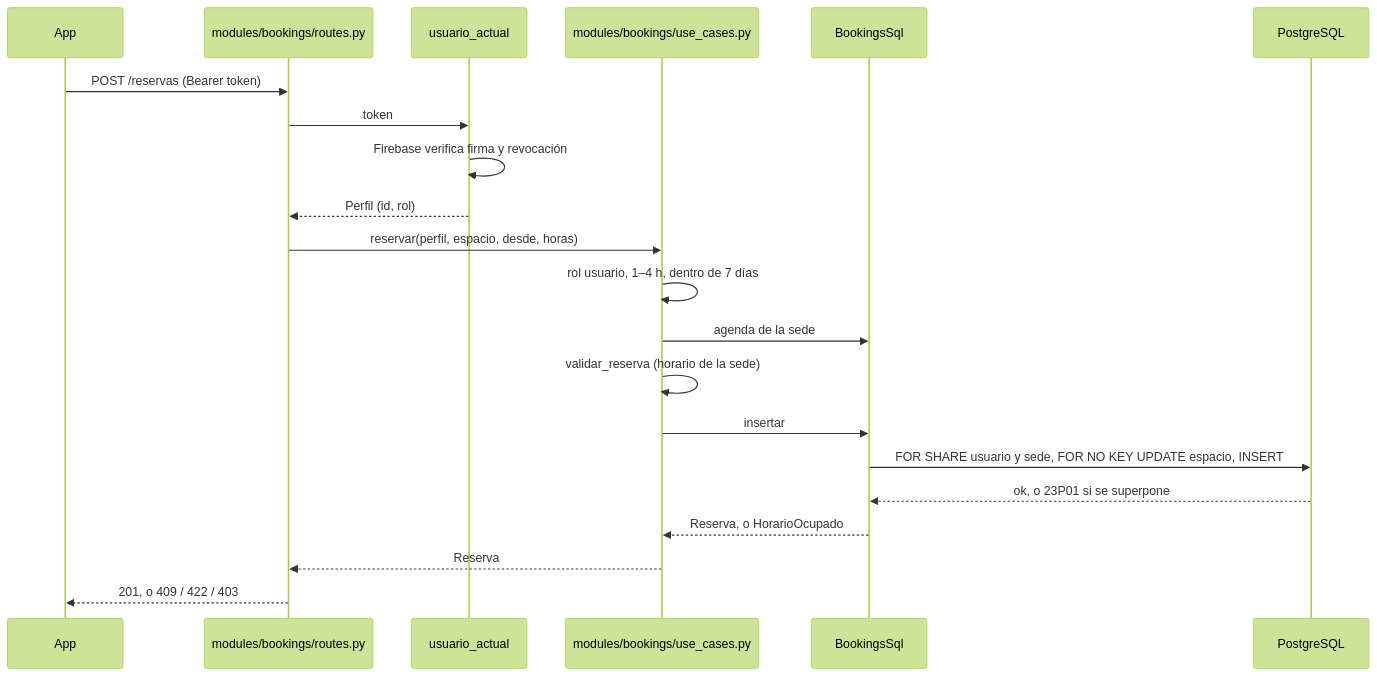
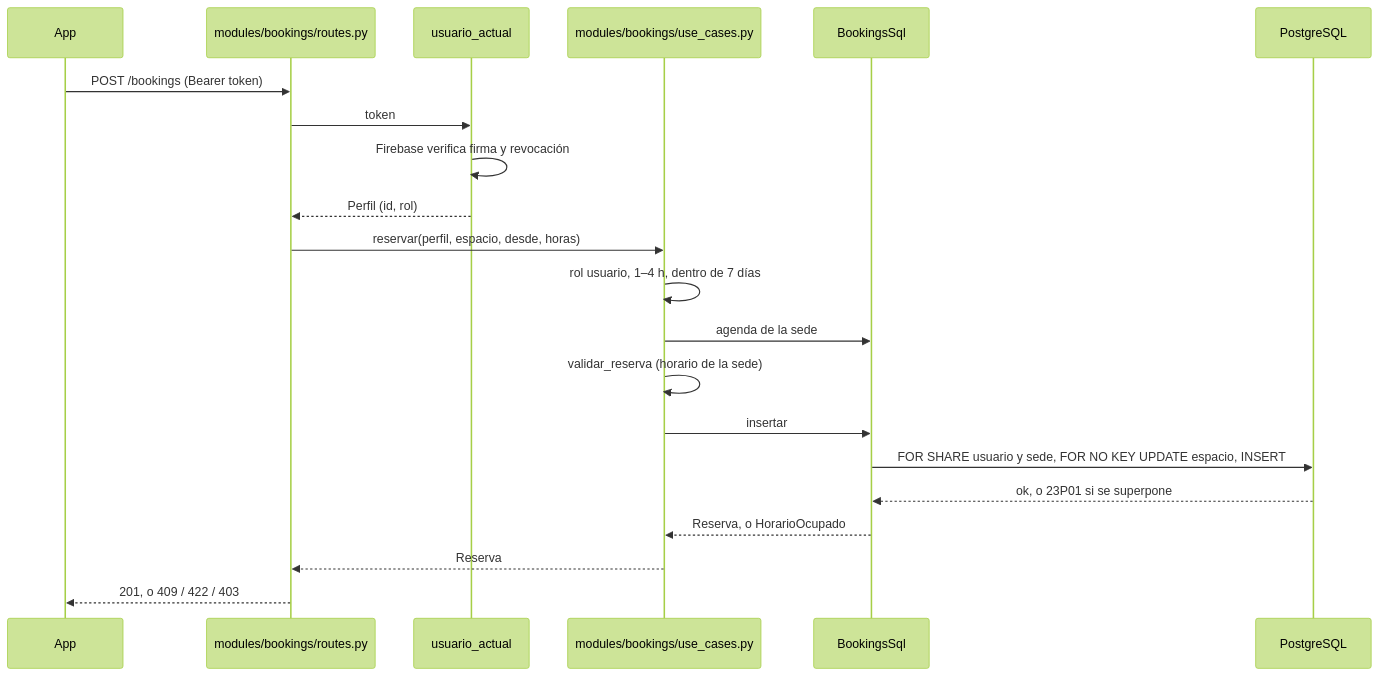
Before and after one commit to NahuelMosse/ClubNahuelMosse: the third of 7 diagrams in docs/technical/arquitectura.md, drawn with Mermaid (forest theme). The commit also changed other lines of this file and 58 other files, not shown here.

````diff
--- a/docs/technical/arquitectura.md
+++ b/docs/technical/arquitectura.md
@@ -97,23 +97,23 @@
 ```mermaid
 sequenceDiagram
   participant App
   participant Ruta as modules/bookings/routes.py
   participant Auth as usuario_actual
   participant CU as modules/bookings/use_cases.py
   participant Repo as BookingsSql
   participant PG as PostgreSQL
-  App->>Ruta: POST /reservas (Bearer token)
+  App->>Ruta: POST /bookings (Bearer token)
   Ruta->>Auth: token
   Auth->>Auth: Firebase verifica firma y revocación
   Auth-->>Ruta: Perfil (id, rol)
   Ruta->>CU: reservar(perfil, espacio, desde, horas)
   CU->>CU: rol usuario, 1–4 h, dentro de 7 días
   CU->>Repo: agenda de la sede
   CU->>CU: validar_reserva (horario de la sede)
   CU->>Repo: insertar
   Repo->>PG: FOR SHARE usuario y sede, FOR NO KEY UPDATE espacio, INSERT
   PG-->>Repo: ok, o 23P01 si se superpone
   Repo-->>CU: Reserva, o HorarioOcupado
   CU-->>Ruta: Reserva
   Ruta-->>App: 201, o 409 / 422 / 403
 ```
````
